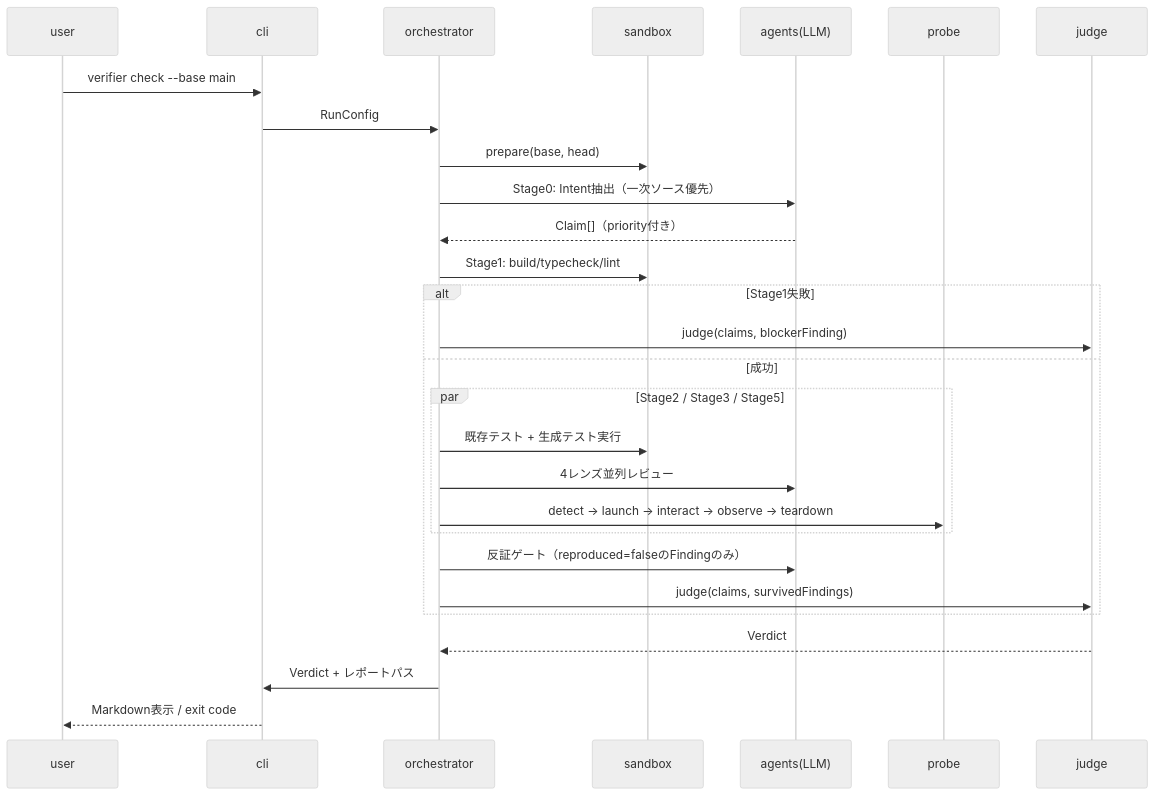
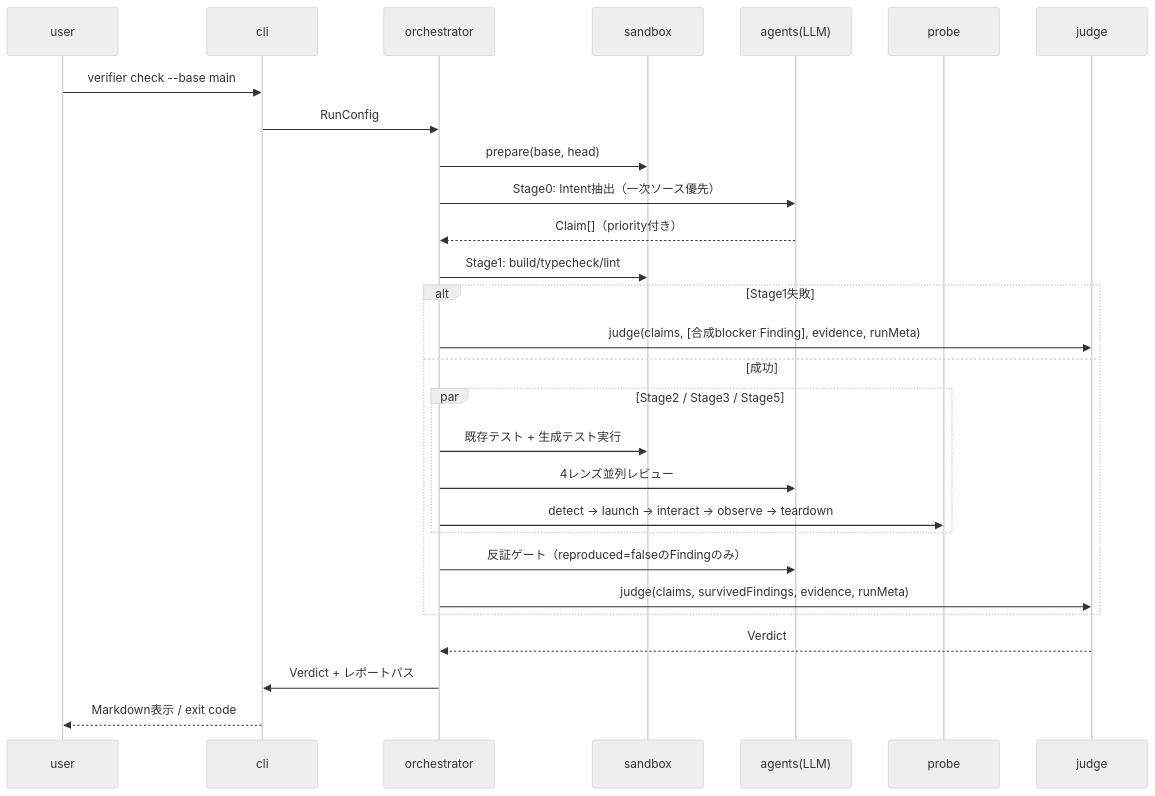
The third of 3 diagrams in docs/DESIGN.md (kaizen-agents-org/verifier), drawn with Mermaid (neutral theme) before and after one commit. The commit also changed other lines of this file and 2 other files, not shown here.

First line of the commit message:
docs: 実装可能性監査の指摘21件（blocker 6・major 9・minor 6）を解消

````diff
--- a/docs/DESIGN.md
+++ b/docs/DESIGN.md
@@ -234,30 +287,30 @@
 ```mermaid
 sequenceDiagram
     participant U as user
     participant C as cli
     participant O as orchestrator
     participant SB as sandbox
     participant A as agents(LLM)
     participant P as probe
     participant J as judge
     U->>C: verifier check --base main
     C->>O: RunConfig
     O->>SB: prepare(base, head)  # worktree×2（差分観測用）
     O->>A: Stage0: Intent抽出（一次ソース優先）
     A-->>O: Claim[]（priority付き）
     O->>SB: Stage1: build/typecheck/lint
     alt Stage1失敗
-        O->>J: judge(claims, blockerFinding)
+        O->>J: judge(claims, [合成blocker Finding], evidence, runMeta)
     else 成功
         par Stage2 / Stage3 / Stage5
             O->>SB: 既存テスト + 生成テスト実行
             O->>A: 4レンズ並列レビュー
             O->>P: detect → launch → interact → observe → teardown
         end
         O->>A: 反証ゲート（reproduced=falseのFindingのみ）
-        O->>J: judge(claims, survivedFindings)
+        O->>J: judge(claims, survivedFindings, evidence, runMeta)
     end
     J-->>O: Verdict
     O->>C: Verdict + レポートパス
     C-->>U: Markdown表示 / exit code
 ```
````
